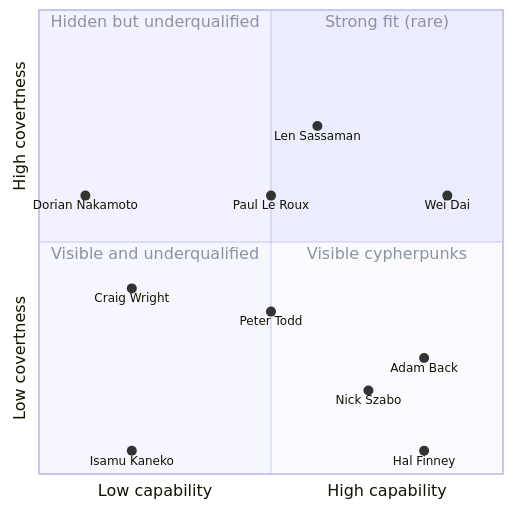
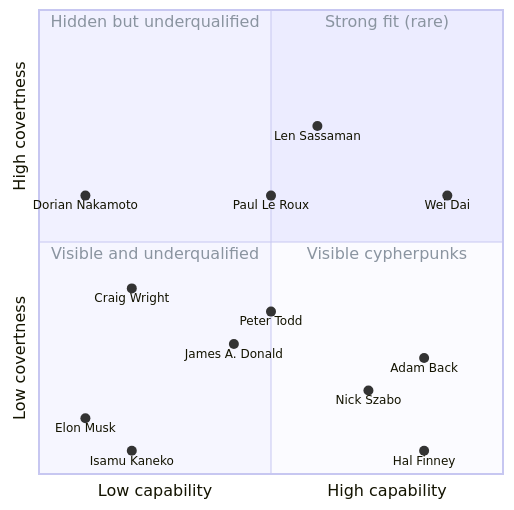
One commit to cypher256/BitcoinArchive changed the first of 2 diagrams in src/data/entries/en/analysis/2008-10-31-satoshi-identity-hypotheses-overview.md. Above: the diagram before and after it, drawn with Mermaid. The commit also changed other lines of this file and 13 other files, not shown here.

First line of the commit message:
Add Elon Musk and James A. Donald as Satoshi candidates (10 -> 12)

````diff
--- a/src/data/entries/en/analysis/2008-10-31-satoshi-identity-hypotheses-overview.md
+++ b/src/data/entries/en/analysis/2008-10-31-satoshi-identity-hypotheses-overview.md
@@ -170,20 +180,22 @@
 ```mermaid
 %%{init: {'themeVariables': {'quadrant1TextFill': '#8a94a0', 'quadrant2TextFill': '#8a94a0', 'quadrant3TextFill': '#8a94a0', 'quadrant4TextFill': '#8a94a0', 'xAxisTitleFill': '#8a94a0', 'yAxisTitleFill': '#8a94a0'}}}%%
 quadrantChart
     x-axis "Low capability" --> "High capability"
     y-axis "Low covertness" --> "High covertness"
     quadrant-1 "Strong fit (rare)"
     quadrant-2 "Hidden but underqualified"
     quadrant-3 "Visible and underqualified"
     quadrant-4 "Visible cypherpunks"
     "Wei Dai": [0.88, 0.6]
     "Adam Back": [0.83, 0.25]
     "Hal Finney": [0.83, 0.05]
     "Nick Szabo": [0.71, 0.18]
     "Len Sassaman": [0.6, 0.75]
     "Paul Le Roux": [0.5, 0.6]
     "Peter Todd": [0.5, 0.35]
     "Craig Wright": [0.2, 0.4]
     "Dorian Nakamoto": [0.1, 0.6]
     "Isamu Kaneko": [0.2, 0.05]
+    "Elon Musk": [0.1, 0.12]
+    "James A. Donald": [0.42, 0.28]
 ```
````
